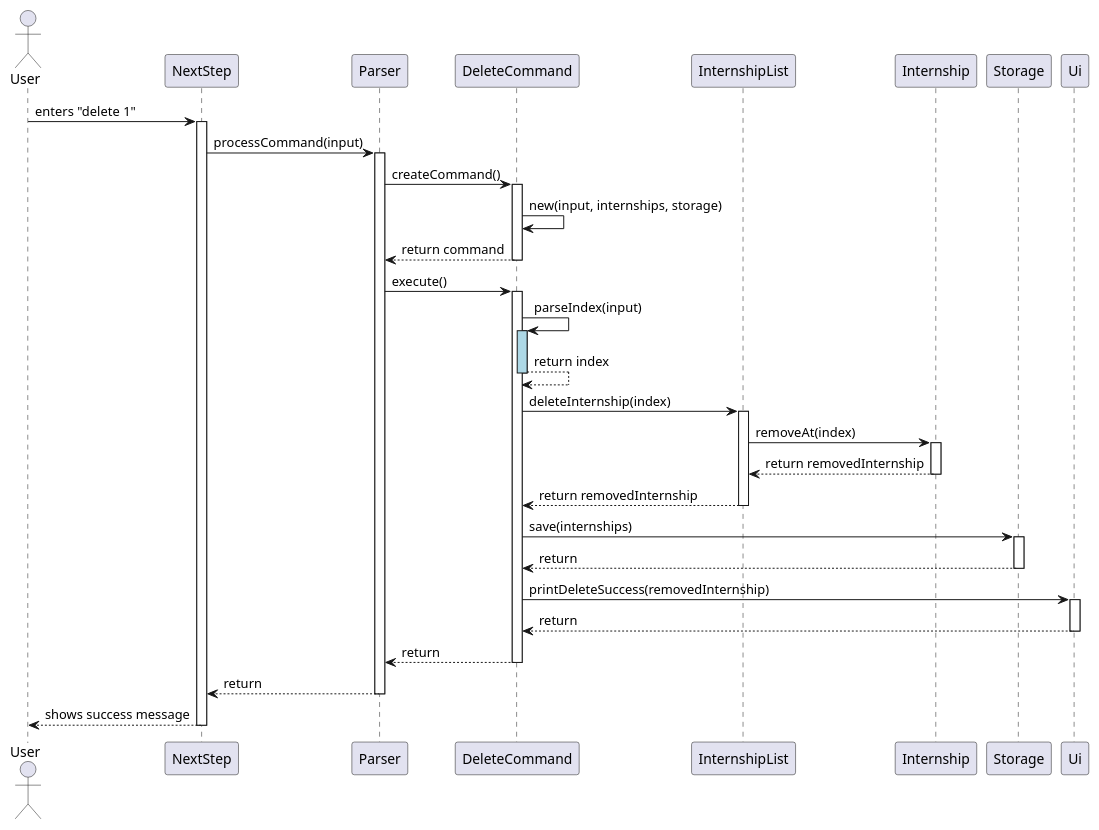
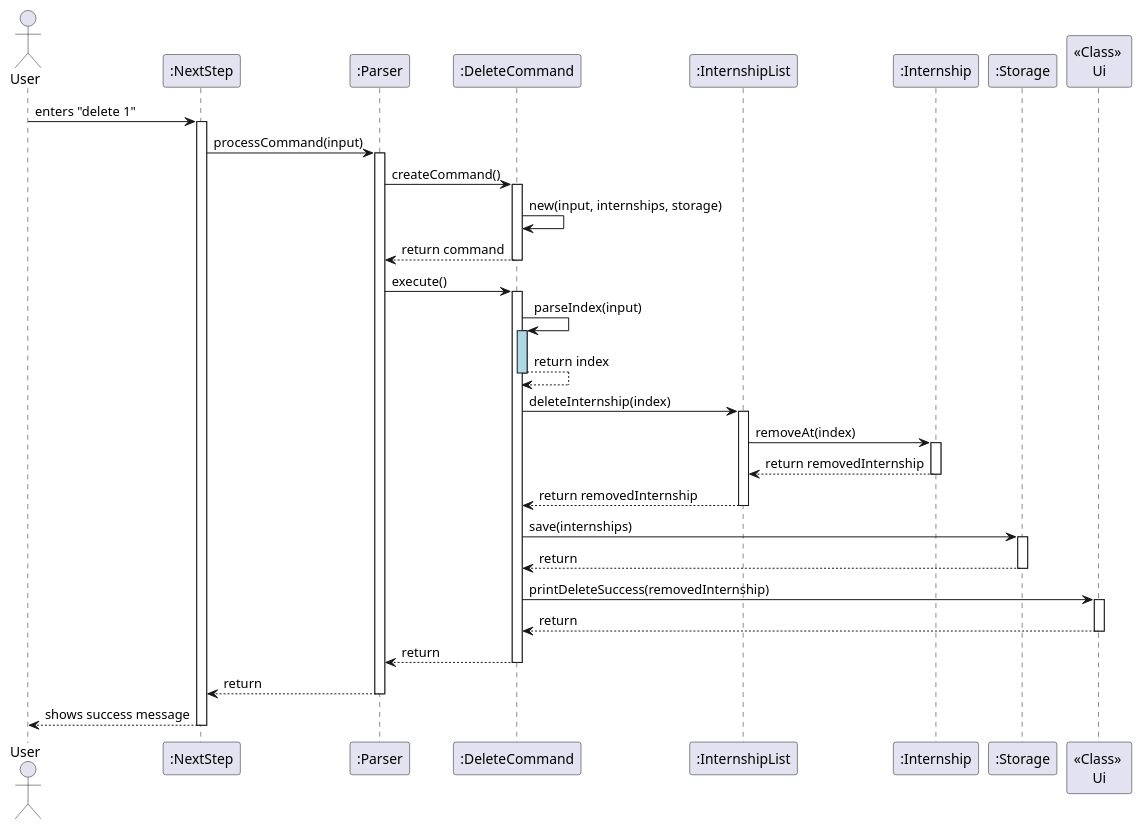
Before and after one commit to xyanjun02/tp: the diagram in docs/diagrams/deleteCommandSequence.puml, drawn with PlantUML. The commit also changed 5 other files, not shown here.

```diff
--- a/docs/diagrams/deleteCommandSequence.puml
+++ b/docs/diagrams/deleteCommandSequence.puml
@@ -1,60 +1,60 @@
 @startuml
 'https://plantuml.com/sequence-diagram
 
 actor User
-participant NextStep
-participant Parser
-participant DeleteCommand
-participant InternshipList
-participant Internship
-participant Storage
-participant Ui
+participant ":NextStep" as NextStep
+participant ":Parser" as Parser
+participant ":DeleteCommand" as DeleteCommand
+participant ":InternshipList" as InternshipList
+participant ":Internship" as Internship
+participant ":Storage" as Storage
+participant "<<Class>> \nUi" as Ui
 
 User -> NextStep : enters "delete 1"
 activate NextStep
 
 NextStep -> Parser : processCommand(input)
 activate Parser
 
 Parser -> DeleteCommand : createCommand()
 activate DeleteCommand
 DeleteCommand -> DeleteCommand : new(input, internships, storage)
 DeleteCommand --> Parser : return command
 deactivate DeleteCommand
 
 Parser -> DeleteCommand : execute()
 activate DeleteCommand
 
 DeleteCommand -> DeleteCommand : parseIndex(input)
 activate DeleteCommand #lightblue
 DeleteCommand --> DeleteCommand : return index
 deactivate DeleteCommand
 
 DeleteCommand -> InternshipList : deleteInternship(index)
 activate InternshipList
 InternshipList -> Internship : removeAt(index)
 activate Internship
 Internship --> InternshipList : return removedInternship
 deactivate Internship
 InternshipList --> DeleteCommand : return removedInternship
 deactivate InternshipList
 
 DeleteCommand -> Storage : save(internships)
 activate Storage
 Storage --> DeleteCommand : return
 deactivate Storage
 
 DeleteCommand -> Ui : printDeleteSuccess(removedInternship)
 activate Ui
 Ui --> DeleteCommand : return
 deactivate Ui
 
 DeleteCommand --> Parser : return
 deactivate DeleteCommand
 
 Parser --> NextStep : return
 deactivate Parser
 
 NextStep --> User : shows success message
 deactivate NextStep
 @enduml
```
